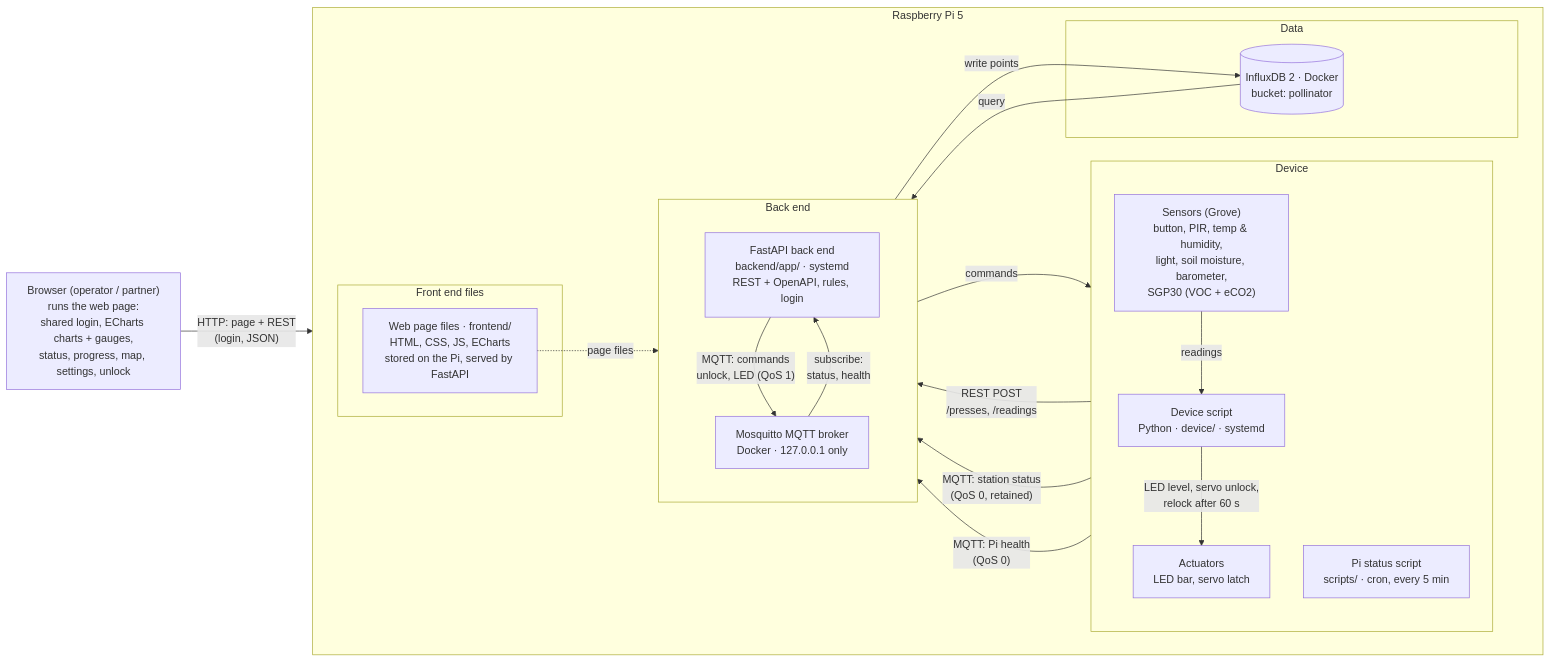
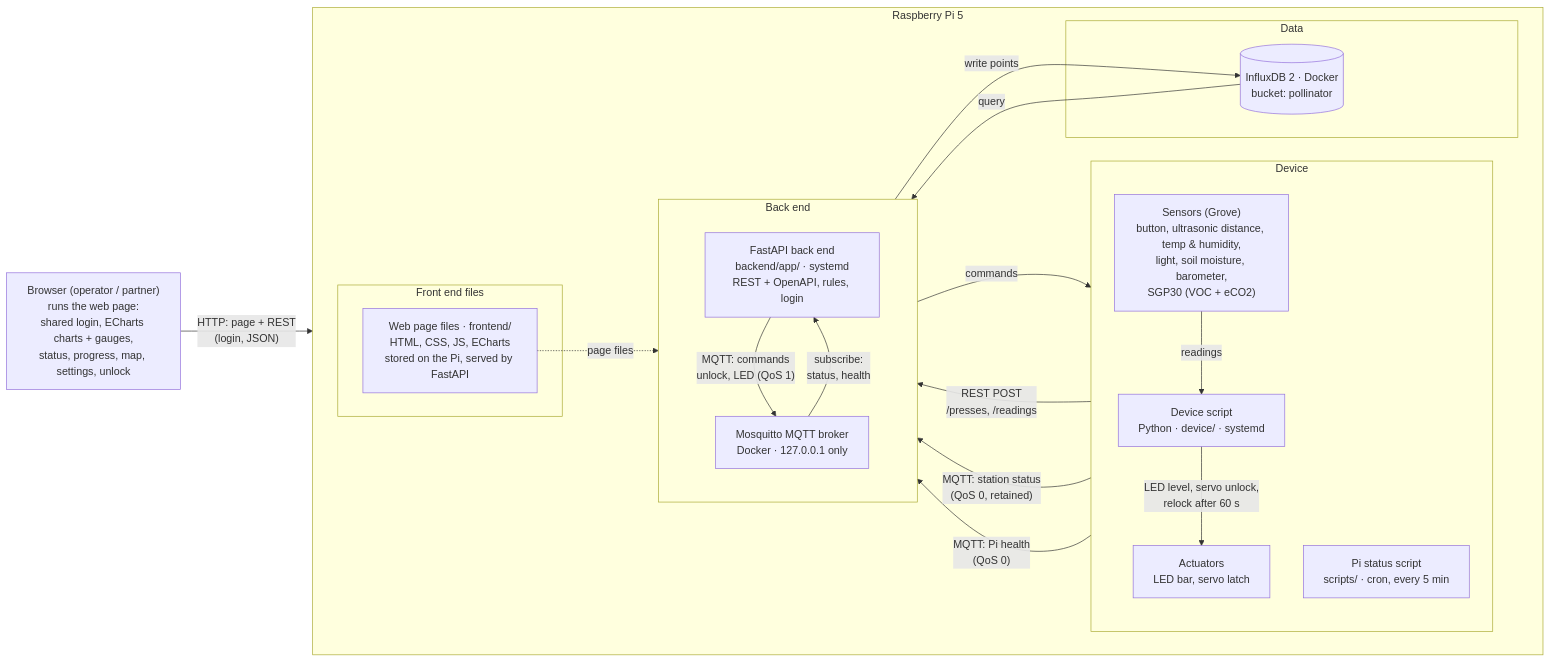
Before and after one commit to marieashtonkoehl/IoT_final_project_2026: the diagram in docs/architecture.md, drawn with Mermaid. The commit also changed other lines of this file and 3 other files, not shown here.

Commit message:
Replace PIR with ultrasonic distance sensor in the docs (#75)

````diff
--- a/docs/architecture.md
+++ b/docs/architecture.md
@@ -9,43 +9,43 @@
 ```mermaid
 flowchart LR
   subgraph PI["Raspberry Pi 5"]
     direction LR
 
     subgraph DEV["Device"]
       direction TB
-      SENS["Sensors (Grove)<br/>button, PIR, temp & humidity,<br/>light, soil moisture, barometer,<br/>SGP30 (VOC + eCO2)"]
+      SENS["Sensors (Grove)<br/>button, ultrasonic distance, temp & humidity,<br/>light, soil moisture, barometer,<br/>SGP30 (VOC + eCO2)"]
       ACT["Actuators<br/>LED bar, servo latch"]
       DS["Device script<br/>Python · device/ · systemd"]
       PS["Pi status script<br/>scripts/ · cron, every 5 min"]
     end
 
     subgraph BE["Back end"]
       direction TB
       API["FastAPI back end<br/>backend/app/ · systemd<br/>REST + OpenAPI, rules, login"]
       MQ["Mosquitto MQTT broker<br/>Docker · 127.0.0.1 only"]
     end
 
     subgraph DATA["Data"]
       DB[("InfluxDB 2 · Docker<br/>bucket: pollinator")]
     end
 
     subgraph FE["Front end files"]
       WEB["Web page files · frontend/<br/>HTML, CSS, JS, ECharts<br/>stored on the Pi, served by FastAPI"]
     end
   end
 
   BR["Browser (operator / partner)<br/>runs the web page:<br/>shared login, ECharts charts + gauges,<br/>status, progress, map, settings, unlock"]
 
   SENS -- "readings" --> DS
   DS -- "REST POST<br/>/presses, /readings" --> API
   DS -- "MQTT: station status<br/>(QoS 0, retained)" --> MQ
   PS -- "MQTT: Pi health<br/>(QoS 0)" --> MQ
   MQ -- "subscribe:<br/>status, health" --> API
   API -- "MQTT: commands<br/>unlock, LED (QoS 1)" --> MQ
   MQ -- "commands" --> DS
   DS -- "LED level, servo unlock,<br/>relock after 60 s" --> ACT
   API -- "write points" --> DB
   DB -- "query" --> API
   WEB -. "page files" .-> API
   BR -- "HTTP: page + REST<br/>(login, JSON)" --> API
 ```
````
